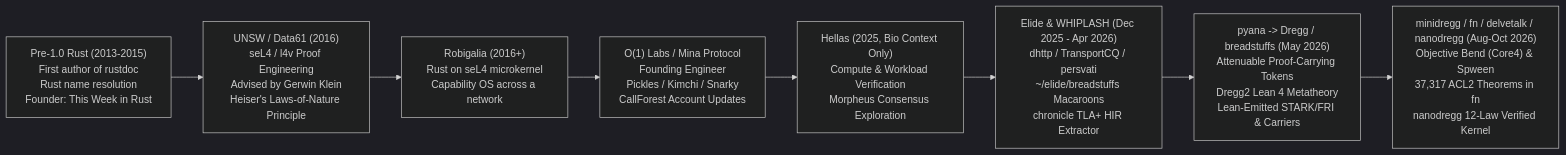
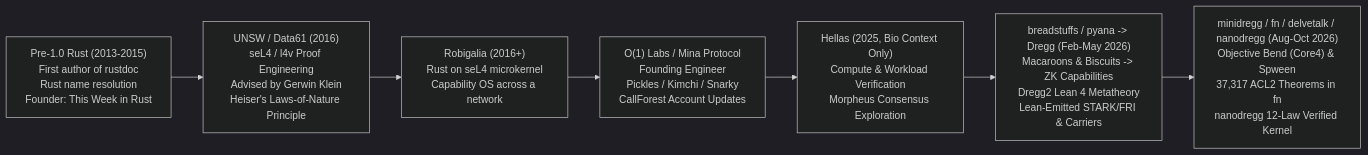
The diagram in sources/06-vision-origins-and-complete-project-atlas.md (emberian/whatember), drawn with Mermaid (dark theme) before and after one commit. The commit also changed other lines of this file and 24 other files, not shown here.

Commit message:
Expand across all verticals, DeOS/breadstuffs diaspora (Dossiers 09-19), and metamanagement triage; elide Elide

````diff
--- a/sources/06-vision-origins-and-complete-project-atlas.md
+++ b/sources/06-vision-origins-and-complete-project-atlas.md
@@ -15,10 +15,9 @@
 ```mermaid
 flowchart LR
     R["Pre-1.0 Rust (2013-2015)<br/>First author of rustdoc<br/>Rust name resolution<br/>Founder: This Week in Rust"] --> L4V["UNSW / Data61 (2016)<br/>seL4 / l4v Proof Engineering<br/>Advised by Gerwin Klein<br/>Heiser's Laws-of-Nature Principle"]
     L4V --> ROB["Robigalia (2016+)<br/>Rust on seL4 microkernel<br/>Capability OS across a network"]
     ROB --> MINA["O(1) Labs / Mina Protocol<br/>Founding Engineer<br/>Pickles / Kimchi / Snarky<br/>CallForest Account Updates"]
     MINA --> HEL["Hellas (2025, Bio Context Only)<br/>Compute & Workload Verification<br/>Morpheus Consensus Exploration"]
-    HEL --> ELIDE["Elide & WHIPLASH (Dec 2025 - Apr 2026)<br/>dhttp / TransportCQ / persvati<br/>~/elide/breadstuffs Macaroons<br/>chronicle TLA+ HIR Extractor"]
-    ELIDE --> PYANA["pyana -> Dregg / breadstuffs (May 2026)<br/>Attenuable Proof-Carrying Tokens<br/>Dregg2 Lean 4 Metatheory<br/>Lean-Emitted STARK/FRI & Carriers"]
+    HEL --> PYANA["breadstuffs / pyana -> Dregg (Feb-May 2026)<br/>Macaroons & Biscuits -> ZK Capabilities<br/>Dregg2 Lean 4 Metatheory<br/>Lean-Emitted STARK/FRI & Carriers"]
     PYANA --> MINI["minidregg / fn / delvetalk / nanodregg (Aug-Oct 2026)<br/>Objective Bend (Core4) & Spween<br/>37,317 ACL2 Theorems in fn<br/>nanodregg 12-Law Verified Kernel"]
 ```
````
